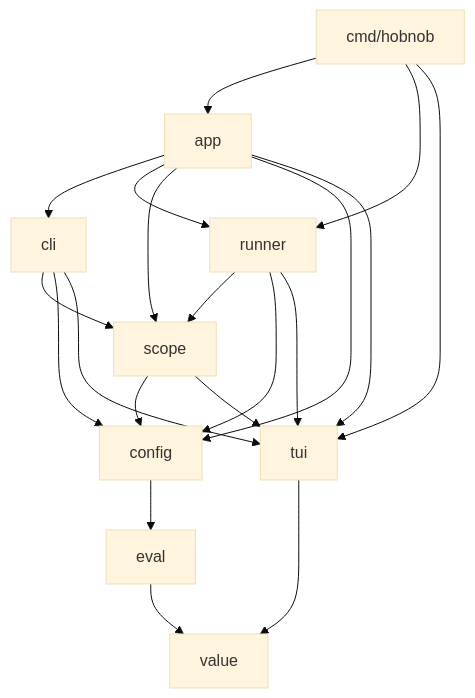
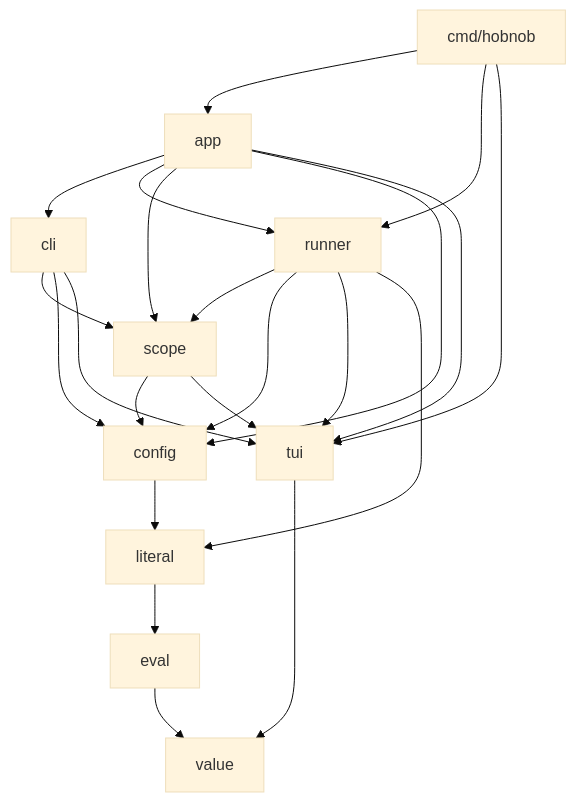
Before and after one commit to JakesMD/hobnob: the first of 7 diagrams in ARCHITECTURE.md, drawn with Mermaid (base theme). The commit also changed other lines of this file and 37 other files, not shown here.

````diff
--- a/ARCHITECTURE.md
+++ b/ARCHITECTURE.md
@@ -74,22 +78,24 @@
 ```mermaid
 flowchart TD
     cmd[cmd/hobnob] --> app
     cmd --> runner
     cmd --> tui
     app --> cli
     app --> runner
     app --> scope
     app --> config
     app --> tui
     cli --> scope
     cli --> config
     cli --> tui
     runner --> scope
     runner --> config
     runner --> tui
+    runner --> literal
     scope --> config
     scope --> tui
-    config --> eval
+    config --> literal
+    literal --> eval
     eval --> value
     tui --> value
 ```
````
